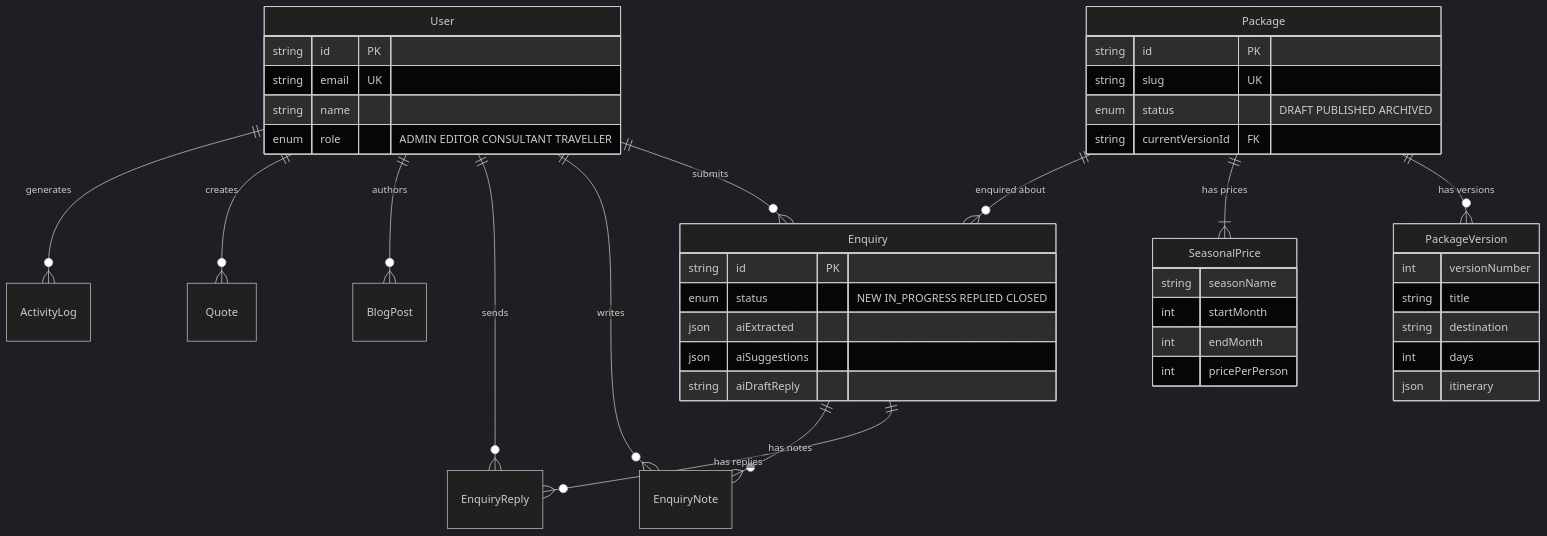
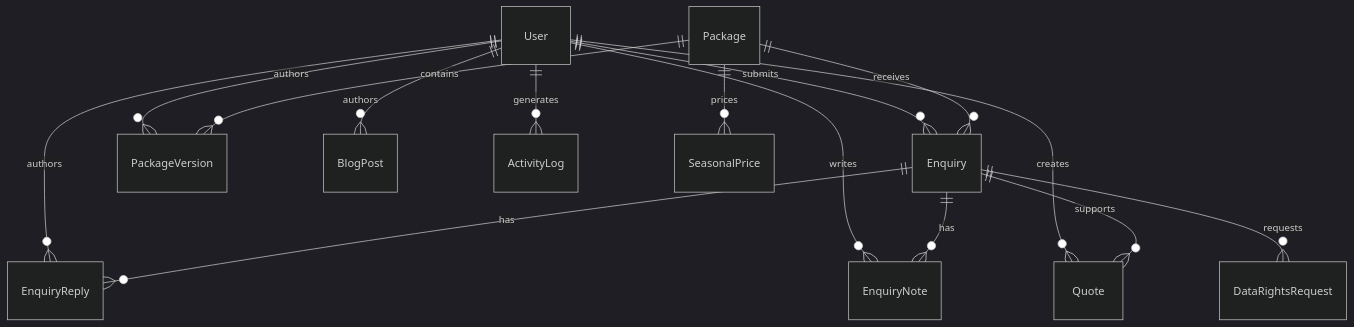
The second of 3 diagrams in TDD.md (vaishnavi-eklaspur/itera), drawn with Mermaid (dark theme) before and after one commit. The commit also changed other lines of this file and 32 other files, not shown here.

````diff
--- a/TDD.md
+++ b/TDD.md
@@ -116,49 +63,17 @@
 ```mermaid
 erDiagram
-    User ||--o{ Enquiry : submits
-    User ||--o{ EnquiryNote : writes
-    User ||--o{ EnquiryReply : sends
-    User ||--o{ BlogPost : authors
-    User ||--o{ Quote : creates
-    User ||--o{ ActivityLog : generates
-
-    Package ||--o{ PackageVersion : "has versions"
-    Package ||--|{ SeasonalPrice : "has prices"
-    Package ||--o{ Enquiry : "enquired about"
-
-    Enquiry ||--o{ EnquiryReply : "has replies"
-    Enquiry ||--o{ EnquiryNote : "has notes"
-
-    User {
-        string id PK
-        string email UK
-        string name
-        enum role "ADMIN EDITOR CONSULTANT TRAVELLER"
-    }
-    Package {
-        string id PK
-        string slug UK
-        enum status "DRAFT PUBLISHED ARCHIVED"
-        string currentVersionId FK
-    }
-    PackageVersion {
-        int versionNumber
-        string title
-        string destination
-        int days
-        json itinerary
-    }
-    SeasonalPrice {
-        string seasonName
-        int startMonth
-        int endMonth
-        int pricePerPerson
-    }
-    Enquiry {
-        string id PK
-        enum status "NEW IN_PROGRESS REPLIED CLOSED"
-        json aiExtracted
-        json aiSuggestions
-        string aiDraftReply
-    }
+  User ||--o{ Enquiry : submits
+  User ||--o{ EnquiryReply : authors
+  User ||--o{ EnquiryNote : writes
+  User ||--o{ PackageVersion : authors
+  User ||--o{ BlogPost : authors
+  User ||--o{ Quote : creates
+  User ||--o{ ActivityLog : generates
+  Package ||--o{ PackageVersion : contains
+  Package ||--o{ SeasonalPrice : prices
+  Package ||--o{ Enquiry : receives
+  Enquiry ||--o{ EnquiryReply : has
+  Enquiry ||--o{ EnquiryNote : has
+  Enquiry ||--o{ Quote : supports
+  Enquiry ||--o{ DataRightsRequest : requests
 ```
````
